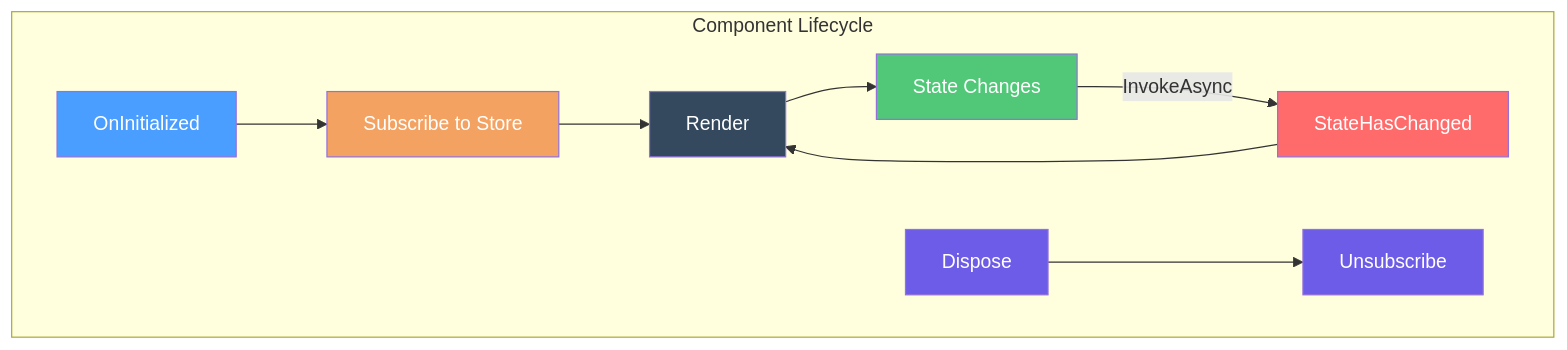
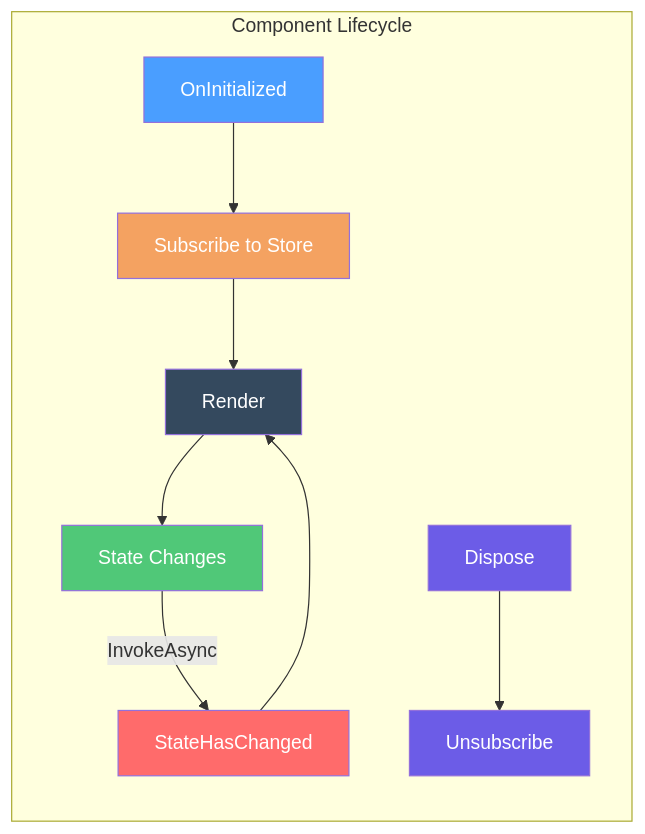
One commit to Gibbs-Morris/mississippi changed the diagram in docs/Docusaurus/docs/client-state-management/store-component.md. Above: the diagram before and after it, drawn with Mermaid. The commit also changed 11 other files, not shown here.

````diff
--- a/docs/Docusaurus/docs/client-state-management/store-component.md
+++ b/docs/Docusaurus/docs/client-state-management/store-component.md
@@ -28,19 +28,19 @@
 ```mermaid
-flowchart TB
+flowchart LR
     subgraph Component Lifecycle
         OI[OnInitialized] --> SUB[Subscribe to Store]
         SUB --> RENDER[Render]
         RENDER --> SC[State Changes]
         SC -->|InvokeAsync| SHC[StateHasChanged]
         SHC --> RENDER
         DISPOSE[Dispose] --> UNSUB[Unsubscribe]
     end
     
     style OI fill:#4a9eff,color:#fff
     style SUB fill:#f4a261,color:#fff
     style SHC fill:#ff6b6b,color:#fff
     style DISPOSE fill:#6c5ce7,color:#fff
     style UNSUB fill:#6c5ce7,color:#fff
     style RENDER fill:#34495e,color:#fff
     style SC fill:#50c878,color:#fff
 ```
````
